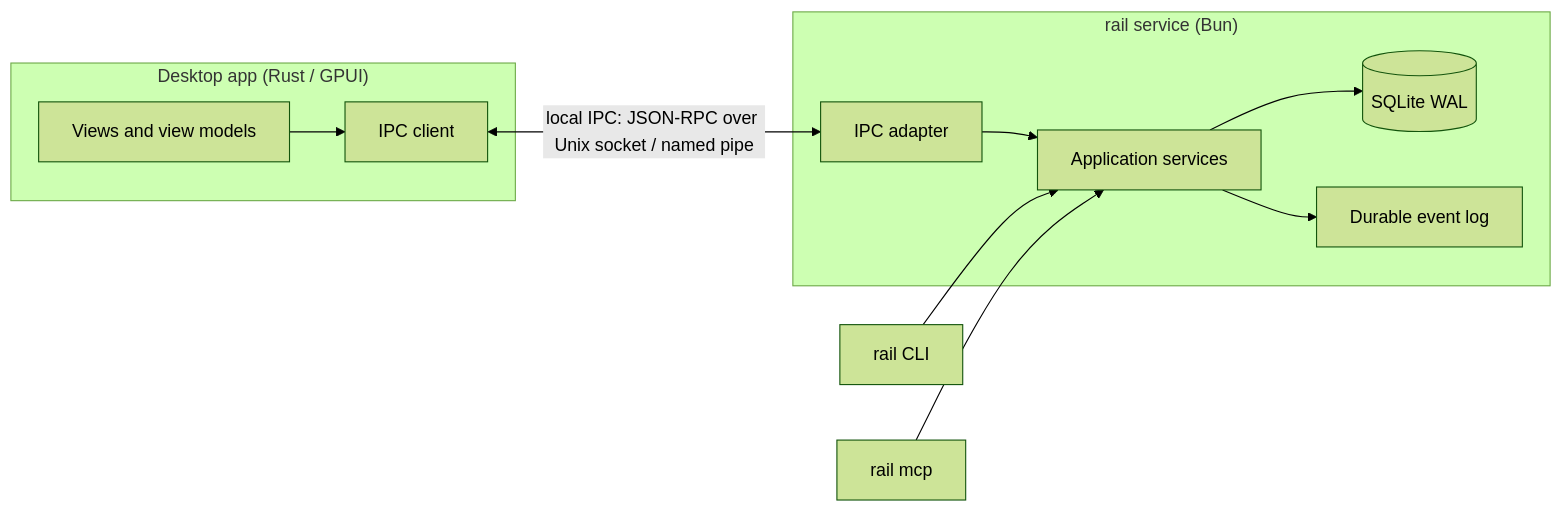
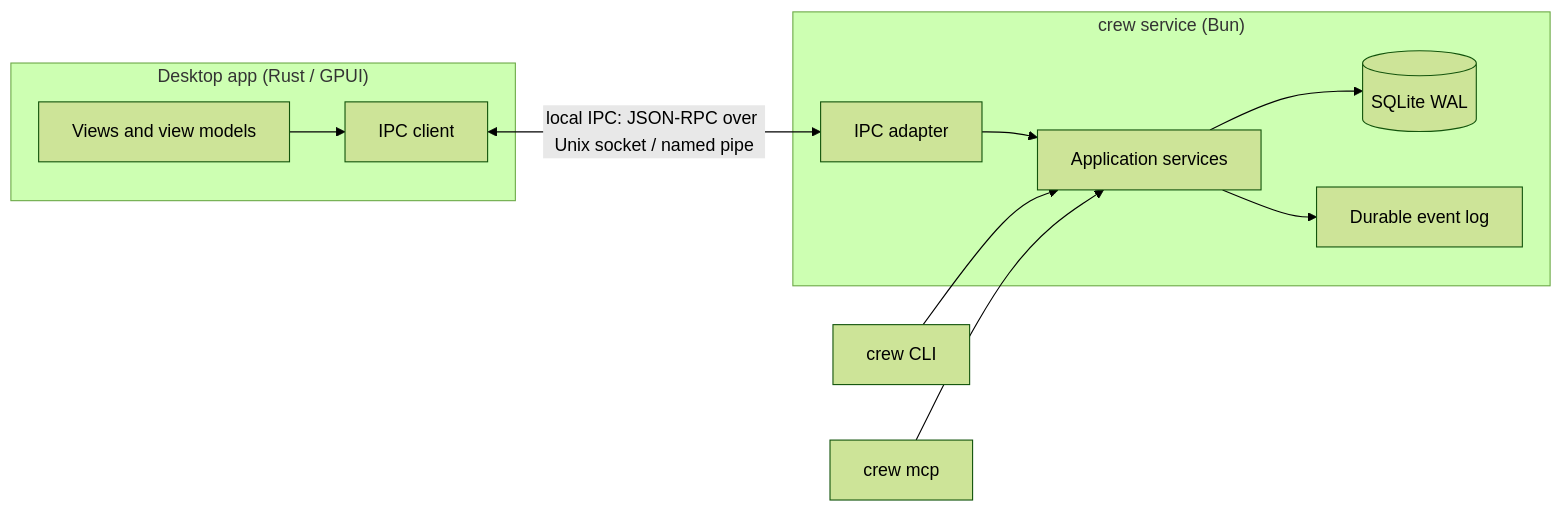
Before and after one commit to orafaelfragoso/crewyard: the diagram in docs/architecture/desktop-integration.md, drawn with Mermaid (forest theme). The commit also changed other lines of this file and 281 other files, not shown here.

First line of the commit message:
Rename Agent Rail to Crewyard and the CLI to crew

````diff
--- a/docs/architecture/desktop-integration.md
+++ b/docs/architecture/desktop-integration.md
@@ -9,14 +9,14 @@
 ```mermaid
 flowchart LR
   subgraph Desktop["Desktop app (Rust / GPUI)"]
     VIEW[Views and view models] --> CLIENT[IPC client]
   end
   CLIENT <-->|local IPC: JSON-RPC over Unix socket / named pipe| SVC
-  subgraph Rail["rail service (Bun)"]
+  subgraph Crewyard["crew service (Bun)"]
     SVC[IPC adapter] --> APP[Application services]
     APP --> DB[(SQLite WAL)]
     APP --> EVT[Durable event log]
   end
-  CLI[rail CLI] --> APP
-  MCP[rail mcp] --> APP
+  CLI[crew CLI] --> APP
+  MCP[crew mcp] --> APP
 ```
````
